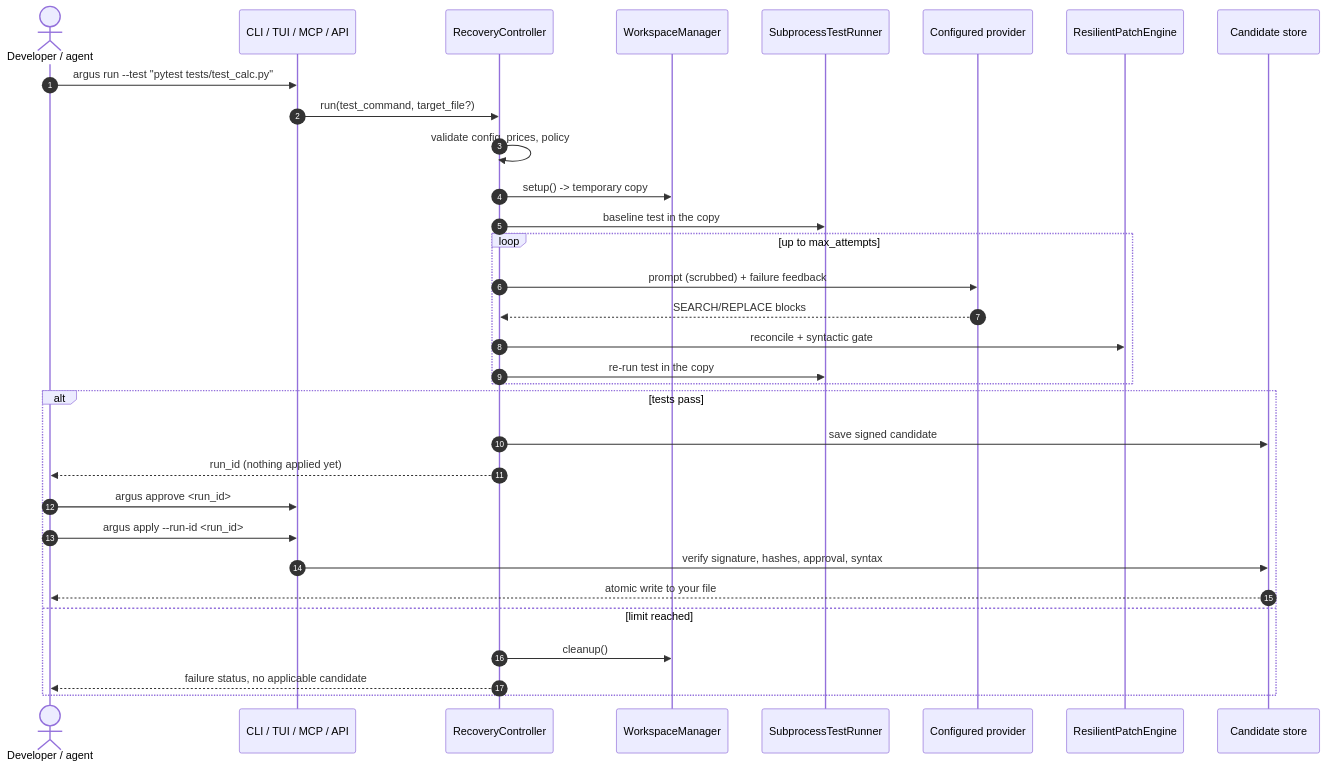
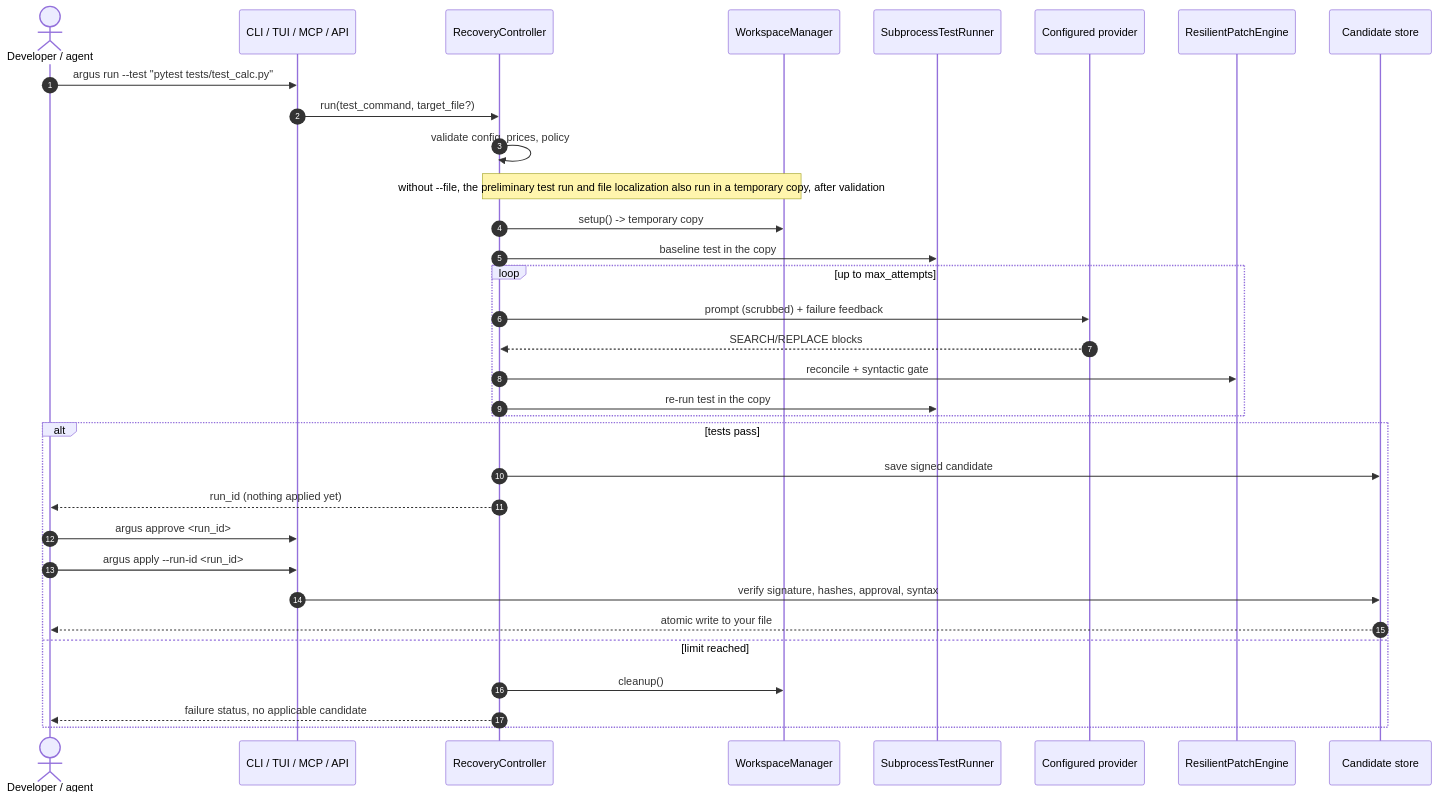
Before and after one commit to hemang1404/Argus: the second of 2 diagrams in docs/ARCHITECTURE.md, drawn with Mermaid. The commit also changed other lines of this file and 43 other files, not shown here.

Commit message:
audit wave 4: Tier 2/3 relative indentation, auto-localization in isolated copy, streaming timeouts, signing-key hardening and honest wording, TUI model pinning, 0.2.0b2, snapshot secret exclusion, defaults and artifact fixes

````diff
--- a/docs/ARCHITECTURE.md
+++ b/docs/ARCHITECTURE.md
@@ -103,35 +103,36 @@
 ```mermaid
 sequenceDiagram
     autonumber
     actor Dev as Developer / agent
     participant UI as CLI / TUI / MCP / API
     participant RC as RecoveryController
     participant WM as WorkspaceManager
     participant SR as SubprocessTestRunner
     participant LLM as Configured provider
     participant PE as ResilientPatchEngine
     participant CA as Candidate store
 
     Dev->>UI: argus run --test "pytest tests/test_calc.py"
     UI->>RC: run(test_command, target_file?)
     RC->>RC: validate config, prices, policy
+    Note over RC,WM: without --file, the preliminary test run and file localization also run in a temporary copy, after validation
     RC->>WM: setup() -> temporary copy
     RC->>SR: baseline test in the copy
     loop up to max_attempts
         RC->>LLM: prompt (scrubbed) + failure feedback
         LLM-->>RC: SEARCH/REPLACE blocks
         RC->>PE: reconcile + syntactic gate
         RC->>SR: re-run test in the copy
     end
     alt tests pass
         RC->>CA: save signed candidate
         RC-->>Dev: run_id (nothing applied yet)
         Dev->>UI: argus approve <run_id>
         Dev->>UI: argus apply --run-id <run_id>
         UI->>CA: verify signature, hashes, approval, syntax
         CA-->>Dev: atomic write to your file
     else limit reached
         RC->>WM: cleanup()
         RC-->>Dev: failure status, no applicable candidate
     end
 ```
````
